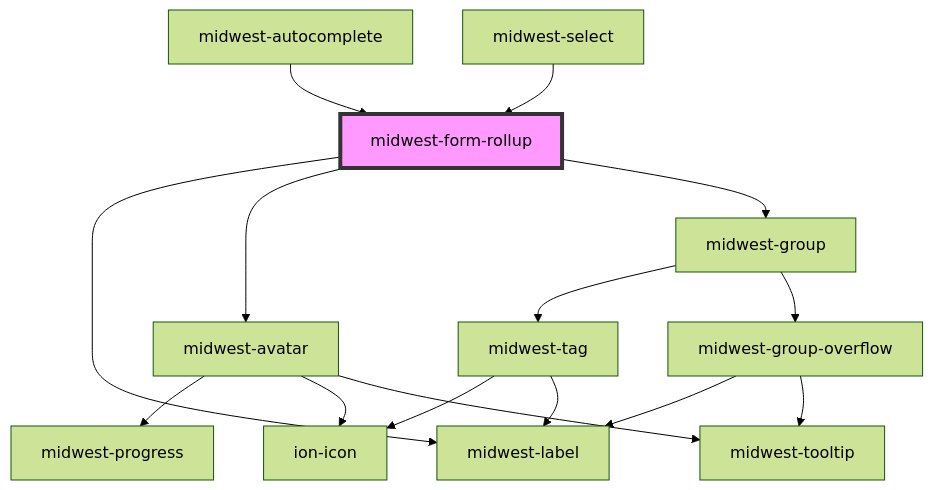
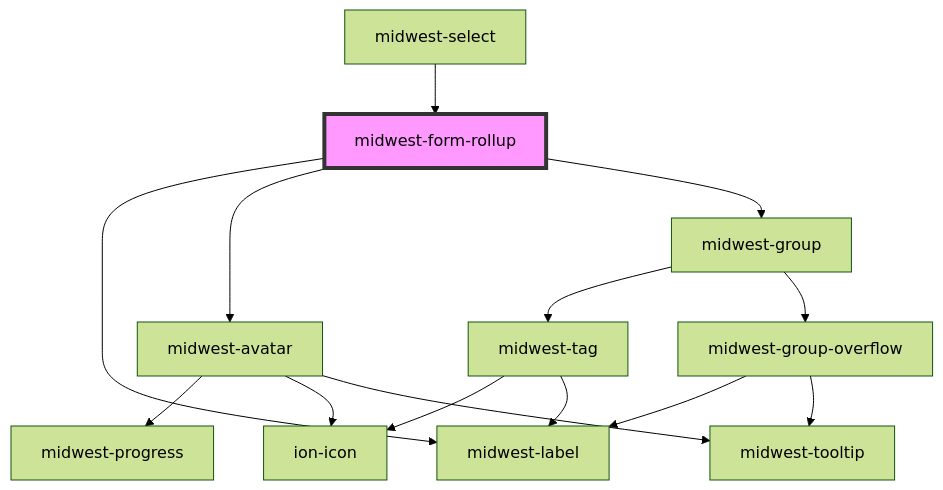
Before and after one commit to splitinfinities/Midwest: the diagram in packages/core/docs/components/forms/form-rollup/readme.md, drawn with Mermaid (forest theme). The commit also changed other lines of this file and 28 other files, not shown here.

````diff
--- a/packages/core/docs/components/forms/form-rollup/readme.md
+++ b/packages/core/docs/components/forms/form-rollup/readme.md
@@ -50,18 +49,17 @@
 ```mermaid
 graph TD;
   midwest-form-rollup --> midwest-label
   midwest-form-rollup --> midwest-avatar
   midwest-form-rollup --> midwest-group
   midwest-avatar --> midwest-progress
   midwest-avatar --> ion-icon
   midwest-avatar --> midwest-tooltip
   midwest-group --> midwest-tag
   midwest-group --> midwest-group-overflow
   midwest-tag --> ion-icon
   midwest-tag --> midwest-label
   midwest-group-overflow --> midwest-label
   midwest-group-overflow --> midwest-tooltip
-  midwest-autocomplete --> midwest-form-rollup
   midwest-select --> midwest-form-rollup
   style midwest-form-rollup fill:#f9f,stroke:#333,stroke-width:4px
 ```
````
